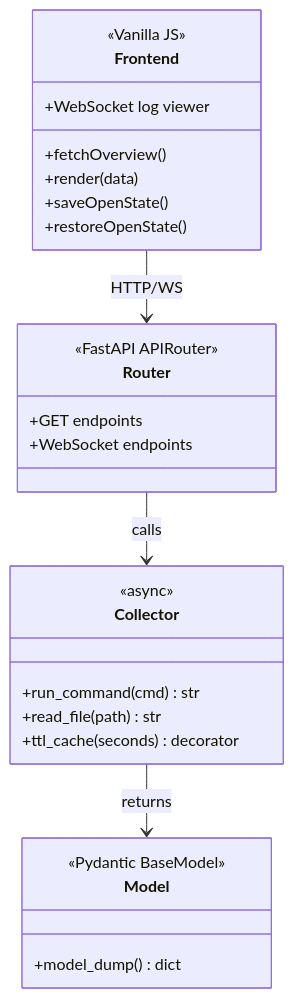
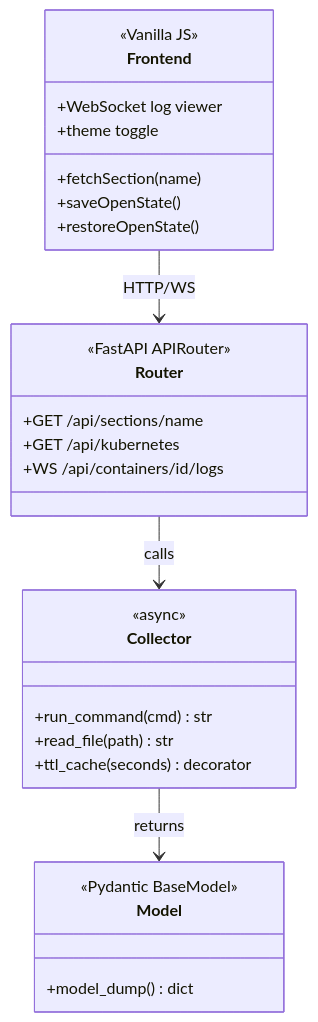
One commit to samr037/node-debug-dashboard changed the third of 3 diagrams in README.md. Above: the diagram before and after it, drawn with Mermaid. The commit also changed other lines of this file and 7 other files, not shown here.

````diff
--- a/README.md
+++ b/README.md
@@ -108,33 +119,34 @@
 ```mermaid
 classDiagram
     class Collector {
         <<async>>
         +run_command(cmd) str
         +read_file(path) str
         +ttl_cache(seconds) decorator
     }
 
     class Model {
         <<Pydantic BaseModel>>
         +model_dump() dict
     }
 
     class Router {
         <<FastAPI APIRouter>>
-        +GET endpoints
-        +WebSocket endpoints
+        +GET /api/sections/name
+        +GET /api/kubernetes
+        +WS /api/containers/id/logs
     }
 
     class Frontend {
         <<Vanilla JS>>
-        +fetchOverview()
-        +render(data)
+        +fetchSection(name)
         +saveOpenState()
         +restoreOpenState()
         +WebSocket log viewer
+        +theme toggle
     }
 
     Router --> Collector : calls
     Collector --> Model : returns
     Frontend --> Router : HTTP/WS
 ```
````
